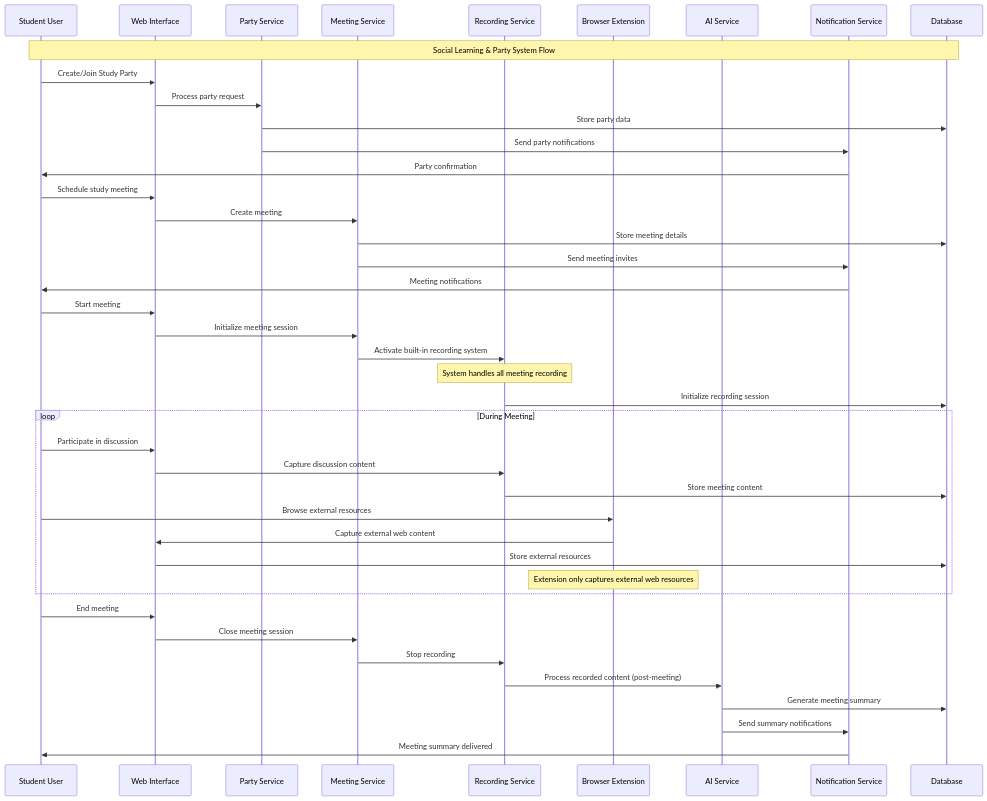
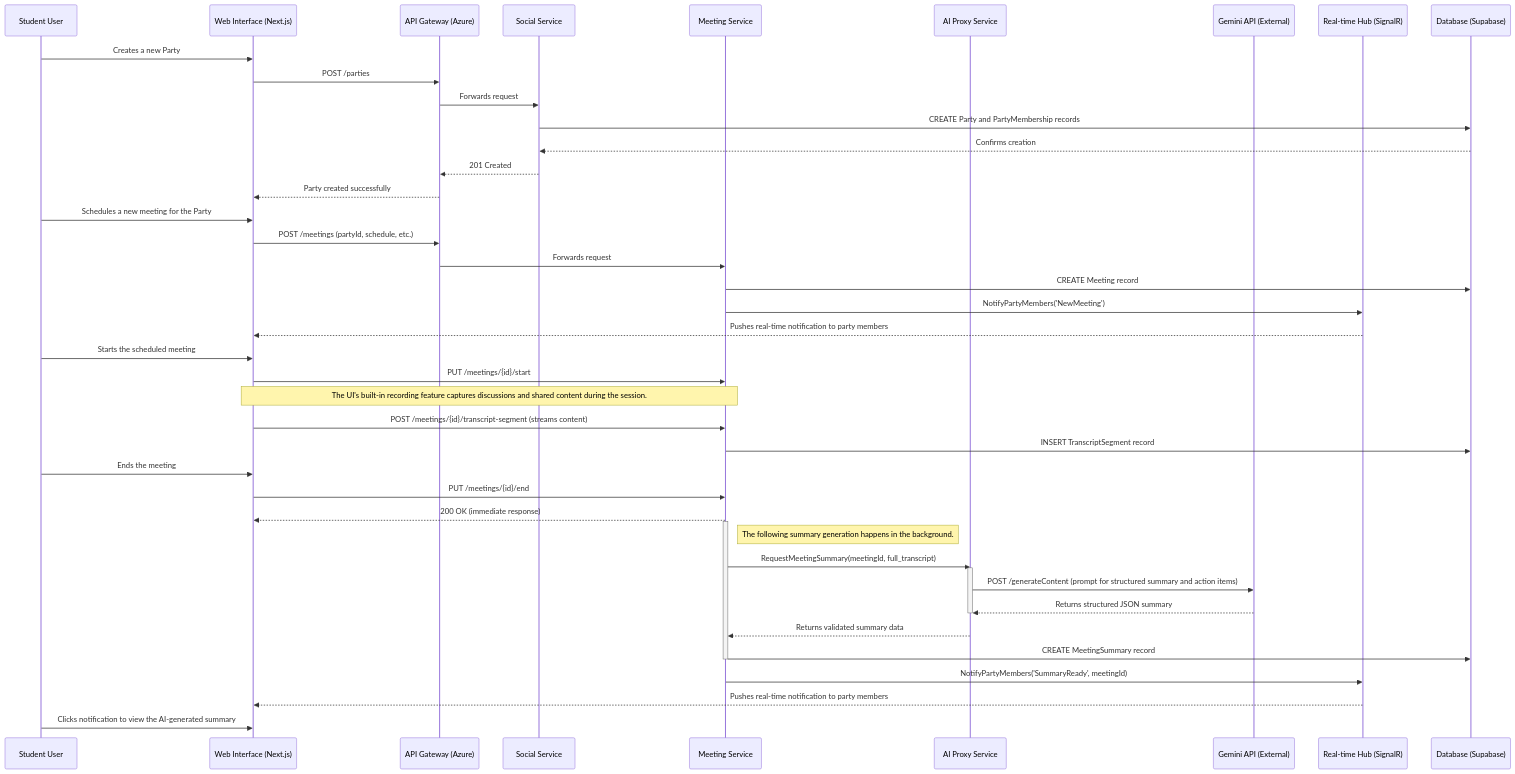
Before and after one commit to FA25SE050-RogueLearn/RogueLearn.BMAD.Documentation: the diagram in mermaid-diagrams/sequence/04-social-learning-party.md, drawn with Mermaid. The commit also changed 9 other files, not shown here.

Commit message:
update: all sequence diagrams to suit new database schema

````diff
--- a/mermaid-diagrams/sequence/04-social-learning-party.md
+++ b/mermaid-diagrams/sequence/04-social-learning-party.md
@@ -3,56 +3,59 @@
 ```mermaid
 sequenceDiagram
-    participant S as Student User
-    participant W as Web Interface
-    participant PS as Party Service
-    participant MS as Meeting Service
-    participant RS as Recording Service
-    participant BE as Browser Extension
-    participant AI as AI Service
-    participant NS as Notification Service
-    participant DB as Database
+    participant U as Student User
+    participant UI as Web Interface (Next.js)
+    participant APIGateway as API Gateway (Azure)
+    participant SocialService as Social Service
+    participant MeetingService as Meeting Service
+    participant AIProxyService as AI Proxy Service
+    participant Gemini as Gemini API (External)
+    participant RealtimeHub as Real-time Hub (SignalR)
+    participant Database as Database (Supabase)
 
-    Note over S,DB: Social Learning & Party System Flow
+    %% Step 1: User creates a study party %%
+    U->>UI: Creates a new Party
+    UI->>APIGateway: POST /parties
+    APIGateway->>SocialService: Forwards request
+    SocialService->>Database: CREATE Party and PartyMembership records
+    Database-->>SocialService: Confirms creation
+    SocialService-->>APIGateway: 201 Created
+    APIGateway-->>UI: Party created successfully
 
-    %% Party Creation
-    S->>W: Create/Join Study Party
-    W->>PS: Process party request
-    PS->>DB: Store party data
-    PS->>NS: Send party notifications
-    NS->>S: Party confirmation
+    %% Step 2: User schedules a meeting for the party %%
+    U->>UI: Schedules a new meeting for the Party
+    UI->>APIGateway: POST /meetings (partyId, schedule, etc.)
+    APIGateway->>MeetingService: Forwards request
+    MeetingService->>Database: CREATE Meeting record
+    MeetingService->>RealtimeHub: NotifyPartyMembers('NewMeeting')
+    RealtimeHub-->>UI: Pushes real-time notification to party members
 
-    %% Meeting Scheduling
-    S->>W: Schedule study meeting
-    W->>MS: Create meeting
-    MS->>DB: Store meeting details
-    MS->>NS: Send meeting invites
-    NS->>S: Meeting notifications
+    %% Step 3: Meeting is conducted and content is captured %%
+    U->>UI: Starts the scheduled meeting
+    UI->>MeetingService: PUT /meetings/{id}/start
+    Note over UI, MeetingService: The UI's built-in recording feature captures discussions and shared content during the session.
+    UI->>MeetingService: POST /meetings/{id}/transcript-segment (streams content)
+    MeetingService->>Database: INSERT TranscriptSegment record
 
-    %% Meeting Start & Recording
-    S->>W: Start meeting
-    W->>MS: Initialize meeting session
-    MS->>RS: Activate built-in recording system
-    Note over RS: System handles all meeting recording
-    RS->>DB: Initialize recording session
+    %% Step 4: Meeting ends and AI processing begins asynchronously %%
+    U->>UI: Ends the meeting
+    UI->>MeetingService: PUT /meetings/{id}/end
+    MeetingService-->>UI: 200 OK (immediate response)
+    
+    activate MeetingService
+    Note right of MeetingService: The following summary generation happens in the background.
+    MeetingService->>AIProxyService: RequestMeetingSummary(meetingId, full_transcript)
+    
+    activate AIProxyService
+    AIProxyService->>Gemini: POST /generateContent (prompt for structured summary and action items)
+    Gemini-->>AIProxyService: Returns structured JSON summary
+    deactivate AIProxyService
+    AIProxyService-->>MeetingService: Returns validated summary data
 
-    %% Content Capture (System-based)
-    loop During Meeting
-        S->>W: Participate in discussion
-        W->>RS: Capture discussion content
-        RS->>DB: Store meeting content
-        
-        S->>BE: Browse external resources
-        BE->>W: Capture external web content
-        W->>DB: Store external resources
-        Note over BE: Extension only captures external web resources
-    end
-
-    %% Meeting End & Processing
-    S->>W: End meeting
-    W->>MS: Close meeting session
-    MS->>RS: Stop recording
-    RS->>AI: Process recorded content (post-meeting)
-    AI->>DB: Generate meeting summary
-    AI->>NS: Send summary notifications
-    NS->>S: Meeting summary delivered
+    %% Step 5: Summary is stored and users are notified %%
+    MeetingService->>Database: CREATE MeetingSummary record
+    deactivate MeetingService
+    
+    MeetingService->>RealtimeHub: NotifyPartyMembers('SummaryReady', meetingId)
+    RealtimeHub-->>UI: Pushes real-time notification to party members
+    U->>UI: Clicks notification to view the AI-generated summary
 ```
````
